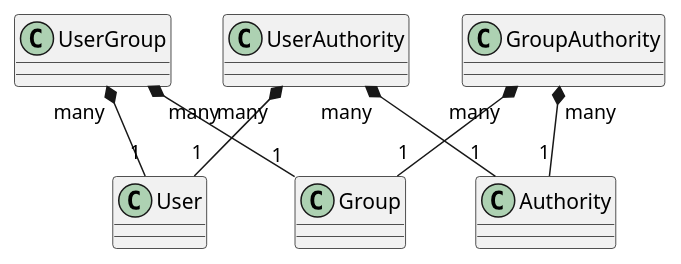
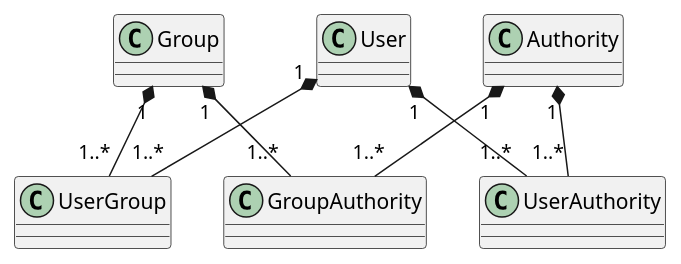
One commit to coolstuffsoftware/owncloud-spring-boot-starter changed the diagram in src/main/asciidoc/inc/userDetails.adoc. Above: the diagram before and after it, drawn with PlantUML.

Commit message:
correct UML

```diff
--- a/src/main/asciidoc/inc/userDetails.adoc
+++ b/src/main/asciidoc/inc/userDetails.adoc
@@ -49,16 +49,16 @@
 [plantuml, diagram-classes, png]
 ....
 class User
 class Group
 class UserGroup
 class Authority
 class UserAuthority
 class GroupAuthority
 
-UserGroup "many" *-- "1" User
-UserGroup "many" *-- "1" Group
-UserAuthority "many" *-- "1" User
-UserAuthority "many" *-- "1" Authority
-GroupAuthority "many" *-- "1" Group
-GroupAuthority "many" *-- "1" Authority
+User "1" *-- "1..*" UserGroup
+User "1" *-- "1..*" UserAuthority
+Group "1" *-- "1..*" UserGroup
+Group "1" *-- "1..*" GroupAuthority
+Authority "1" *-- "1..*" UserAuthority
+Authority "1" *-- "1..*" GroupAuthority
 ....
```
